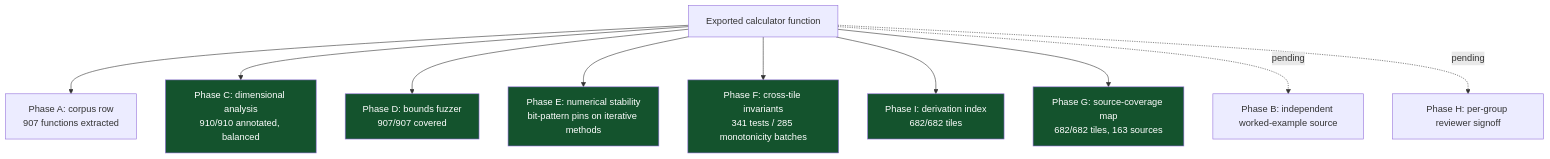
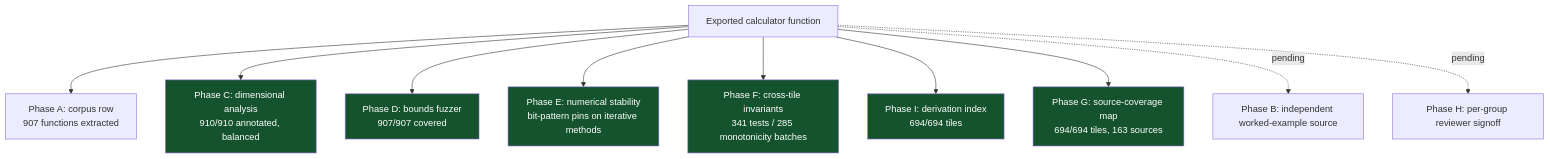
Before and after one commit to clay-good/roughlogic.com: the sixth of 8 diagrams in README.md, drawn with Mermaid. The commit also changed other lines of this file and 31 other files, not shown here.

````diff
--- a/README.md
+++ b/README.md
@@ -519,18 +519,18 @@
 ```mermaid
 flowchart TB
     F[Exported calculator function] --> A[Phase A: corpus row\n907 functions extracted]
     F --> C[Phase C: dimensional analysis\n910/910 annotated, balanced]
     F --> D[Phase D: bounds fuzzer\n907/907 covered]
     F --> E[Phase E: numerical stability\nbit-pattern pins on iterative methods]
     F --> Fa[Phase F: cross-tile invariants\n341 tests / 285 monotonicity batches]
-    F --> I[Phase I: derivation index\n682/682 tiles]
-    F --> G[Phase G: source-coverage map\n682/682 tiles, 163 sources]
+    F --> I[Phase I: derivation index\n694/694 tiles]
+    F --> G[Phase G: source-coverage map\n694/694 tiles, 163 sources]
     F -.pending.-> B[Phase B: independent worked-example source]
     F -.pending.-> H[Phase H: per-group reviewer signoff]
     style C fill:#14532d,color:#fff
     style D fill:#14532d,color:#fff
     style E fill:#14532d,color:#fff
     style Fa fill:#14532d,color:#fff
     style G fill:#14532d,color:#fff
     style I fill:#14532d,color:#fff
 ```
````
